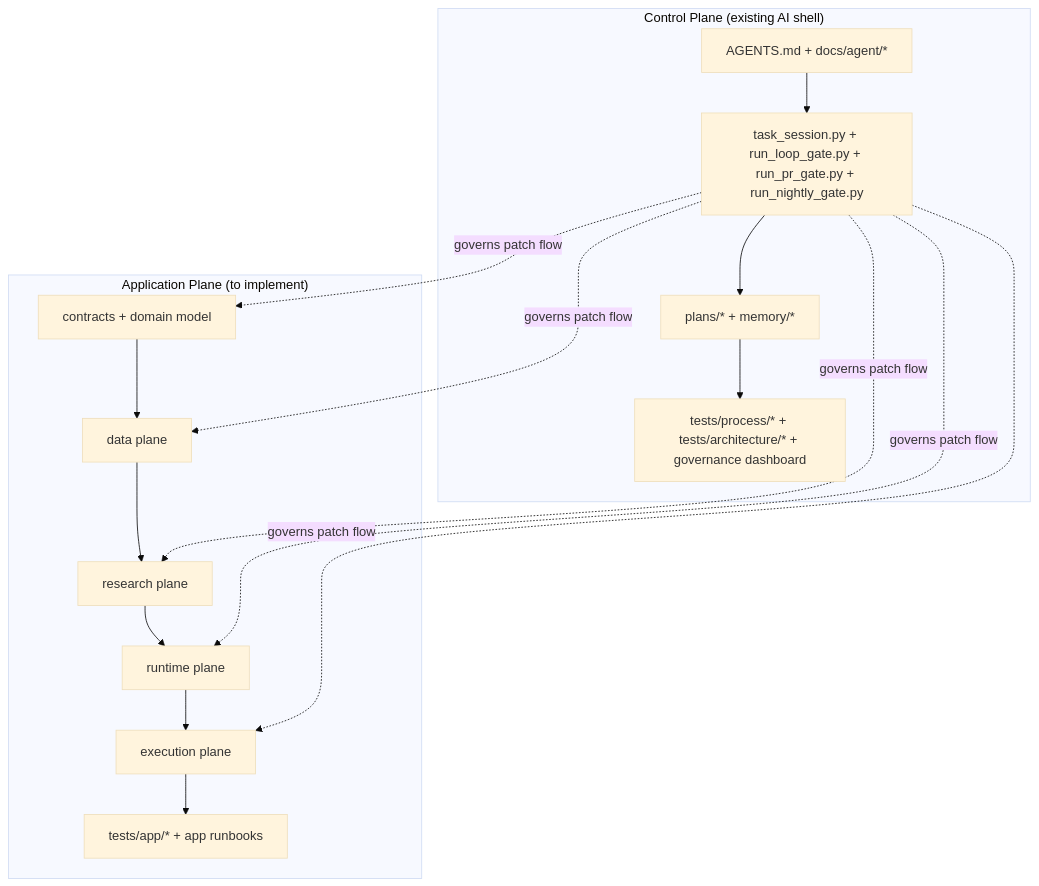
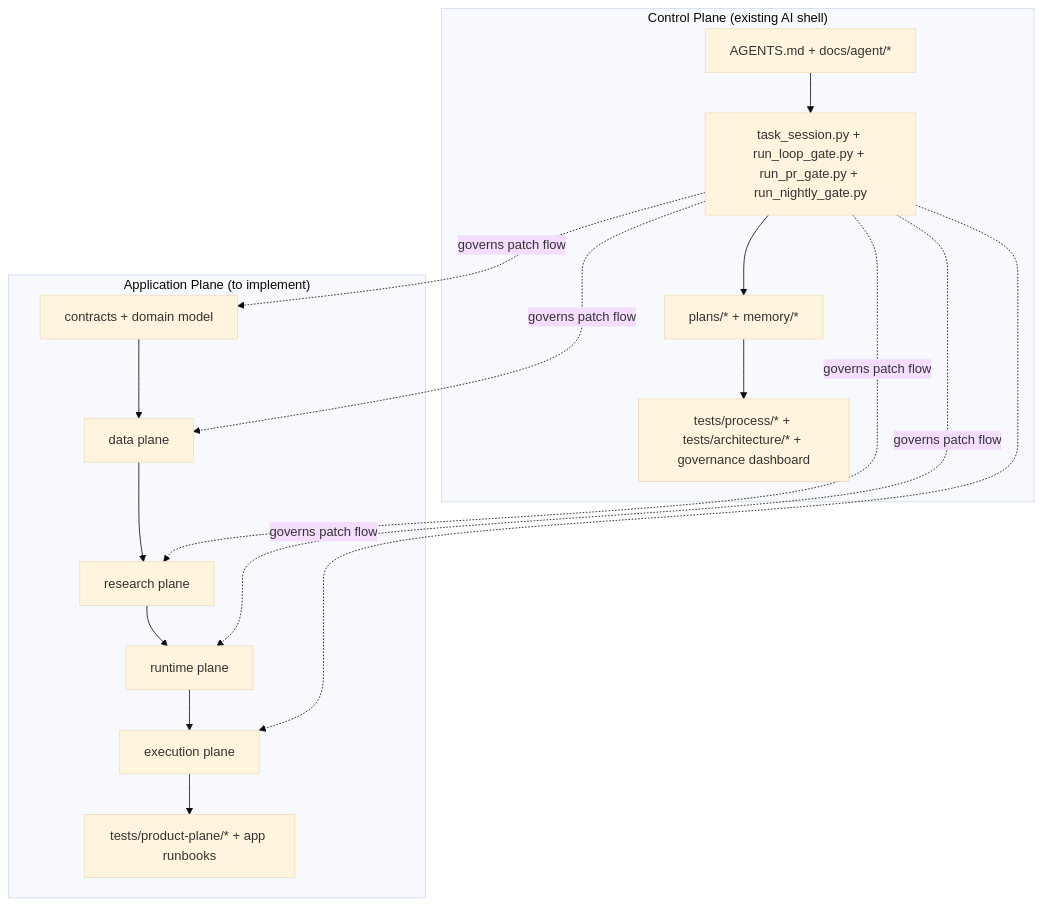
The first of 2 diagrams in docs/architecture/product-plane/product-plane-spec-v2/01_Architecture_Overview.md (deusexrenovatio-arch/trading-advisor-3000), drawn with Mermaid (base theme) before and after one commit. The commit also changed other lines of this file and 97 other files, not shown here.

````diff
--- a/docs/architecture/product-plane/product-plane-spec-v2/01_Architecture_Overview.md
+++ b/docs/architecture/product-plane/product-plane-spec-v2/01_Architecture_Overview.md
@@ -27,26 +27,26 @@
 ```mermaid
 flowchart TB
     subgraph CP["Control Plane (existing AI shell)"]
       CP1["AGENTS.md + docs/agent/*"]
       CP2["task_session.py + run_loop_gate.py + run_pr_gate.py + run_nightly_gate.py"]
       CP3["plans/* + memory/*"]
       CP4["tests/process/* + tests/architecture/* + governance dashboard"]
       CP1 --> CP2 --> CP3 --> CP4
     end
 
     subgraph AP["Application Plane (to implement)"]
       AP1["contracts + domain model"]
       AP2["data plane"]
       AP3["research plane"]
       AP4["runtime plane"]
       AP5["execution plane"]
-      AP6["tests/app/* + app runbooks"]
+      AP6["tests/product-plane/* + app runbooks"]
       AP1 --> AP2 --> AP3 --> AP4 --> AP5 --> AP6
     end
 
     CP2 -. governs patch flow .-> AP1
     CP2 -. governs patch flow .-> AP2
     CP2 -. governs patch flow .-> AP3
     CP2 -. governs patch flow .-> AP4
     CP2 -. governs patch flow .-> AP5
 ```
````
